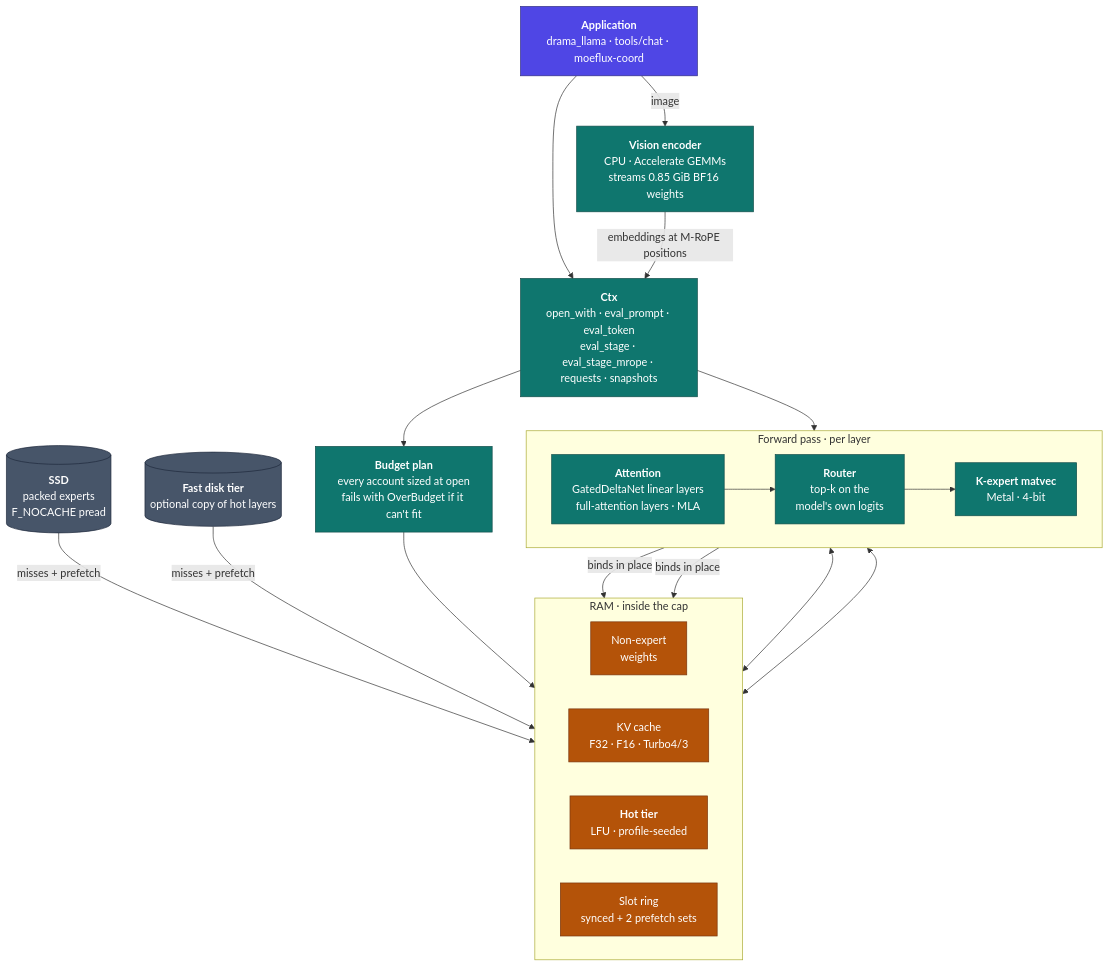
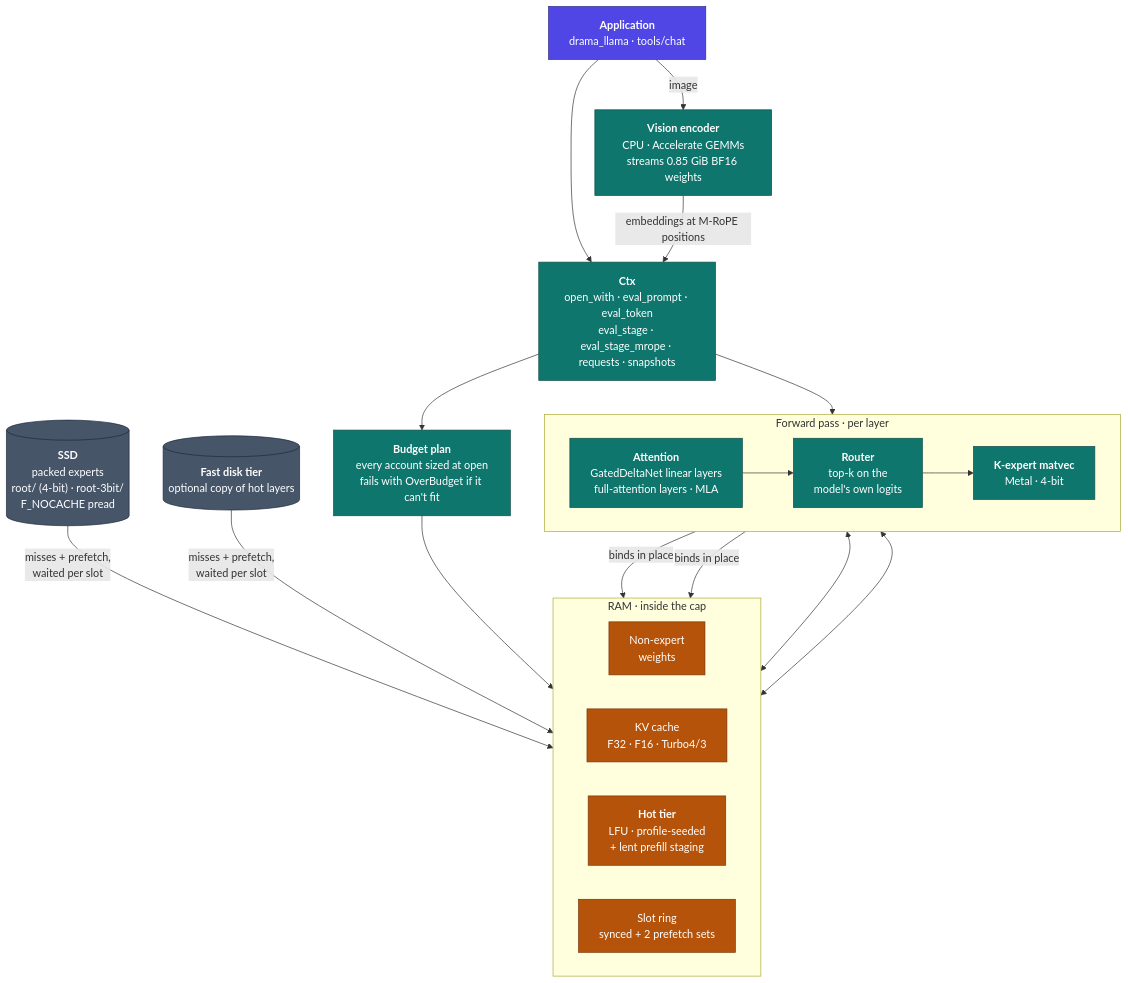
Before and after one commit to transybao1393/streamoe: the first of 8 diagrams in README.md, drawn with Mermaid. The commit also changed other lines of this file, not shown here.

First line of the commit message:
docs: README for streammoe, memory reuse and decode-time diagrams

````diff
--- a/README.md
+++ b/README.md
@@ -88,39 +85,39 @@
 ```mermaid
 flowchart TB
     classDef app fill:#4f46e5,stroke:#312e81,color:#ffffff
     classDef engine fill:#0f766e,stroke:#134e4a,color:#ffffff
     classDef mem fill:#b45309,stroke:#78350f,color:#ffffff
     classDef disk fill:#475569,stroke:#1e293b,color:#ffffff
 
-    APP["<b>Application</b><br/>drama_llama · tools/chat · moeflux-coord"]:::app
+    APP["<b>Application</b><br/>drama_llama · tools/chat"]:::app
     API["<b>Ctx</b><br/>open_with · eval_prompt · eval_token<br/>eval_stage · eval_stage_mrope · requests · snapshots"]:::engine
     PLAN["<b>Budget plan</b><br/>every account sized at open<br/>fails with OverBudget if it can't fit"]:::engine
     VIS["<b>Vision encoder</b><br/>CPU · Accelerate GEMMs<br/>streams 0.85 GiB BF16 weights"]:::engine
 
     subgraph LOOP["Forward pass · per layer"]
         direction LR
         ATT["<b>Attention</b><br/>GatedDeltaNet linear layers<br/>full-attention layers · MLA"]:::engine
         RT["<b>Router</b><br/>top-k on the<br/>model's own logits"]:::engine
         MOE["<b>K-expert matvec</b><br/>Metal · 4-bit"]:::engine
         ATT --> RT --> MOE
     end
 
     subgraph MEM["RAM · inside the cap"]
         direction LR
         W["Non-expert<br/>weights"]:::mem
         KV["KV cache<br/>F32 · F16 · Turbo4/3"]:::mem
-        HOT["<b>Hot tier</b><br/>LFU · profile-seeded"]:::mem
+        HOT["<b>Hot tier</b><br/>LFU · profile-seeded<br/>+ lent prefill staging"]:::mem
         SLOTS["Slot ring<br/>synced + 2 prefetch sets"]:::mem
     end
 
-    SSD[("<b>SSD</b><br/>packed experts<br/>F_NOCACHE pread")]:::disk
+    SSD[("<b>SSD</b><br/>packed experts<br/>root/ (4-bit) · root-3bit/<br/>F_NOCACHE pread")]:::disk
     FAST[("<b>Fast disk tier</b><br/>optional copy of hot layers")]:::disk
 
     APP --> API
     APP -- "image" --> VIS -- "embeddings at M-RoPE positions" --> API
     API --> PLAN --> MEM
     API --> LOOP
     LOOP <--> W & KV
     MOE -- "binds in place" --> HOT & SLOTS
-    SSD & FAST -- "misses + prefetch" --> SLOTS
+    SSD & FAST -- "misses + prefetch,<br/>waited per slot" --> SLOTS
 ```
````
